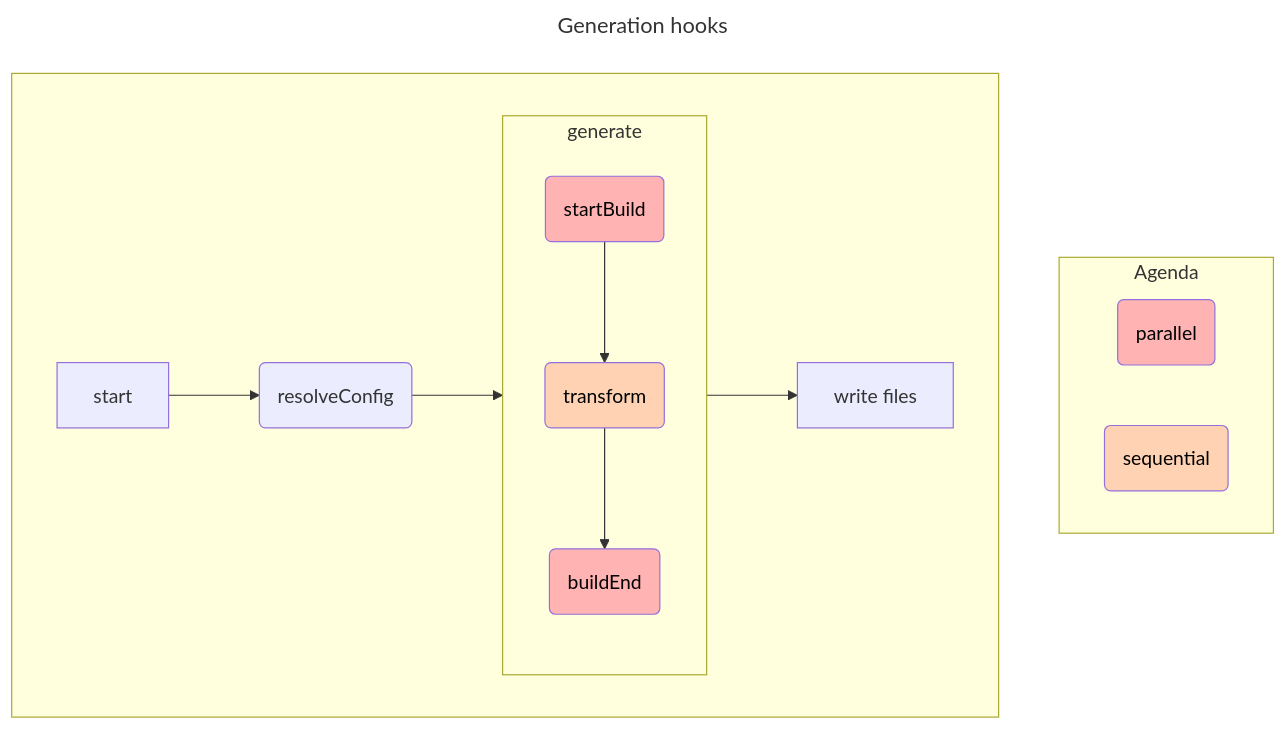
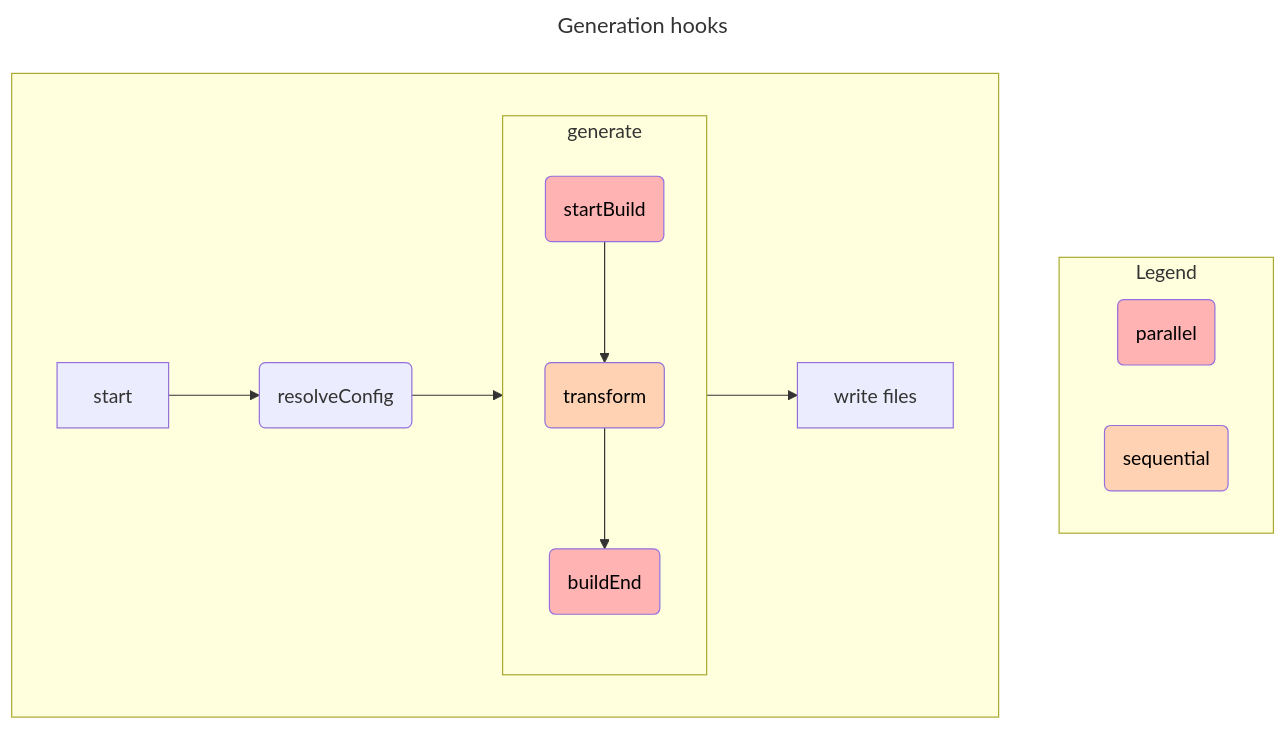
One commit to gsoft-inc/wl-openapi-typescript changed the diagram in docs/src/using-plugins.md. Above: the diagram before and after it, drawn with Mermaid.

Commit message:
fix diagram namings

````diff
--- a/docs/src/using-plugins.md
+++ b/docs/src/using-plugins.md
@@ -133,24 +133,24 @@
 ```mermaid
 ---
 title: Generation hooks
 ---
 flowchart TB
     classDef parallel fill:#FFB3B3,color:black
     classDef sequential fill:#FFD2B3,color:black
 
-    subgraph Agenda
+    subgraph Legend
         parallel(parallel):::parallel 
         sequential(sequential):::sequential 
     end 
 
     subgraph generate
         direction TB
         gen_A(startBuild):::parallel 
         --> gen_B(transform):::sequential
         --> gen_C(buildEnd):::parallel
     end
 
     subgraph &nbsp;
         A[start] --> B(resolveConfig) --> generate  --> E[write files]
     end
 ```
````
